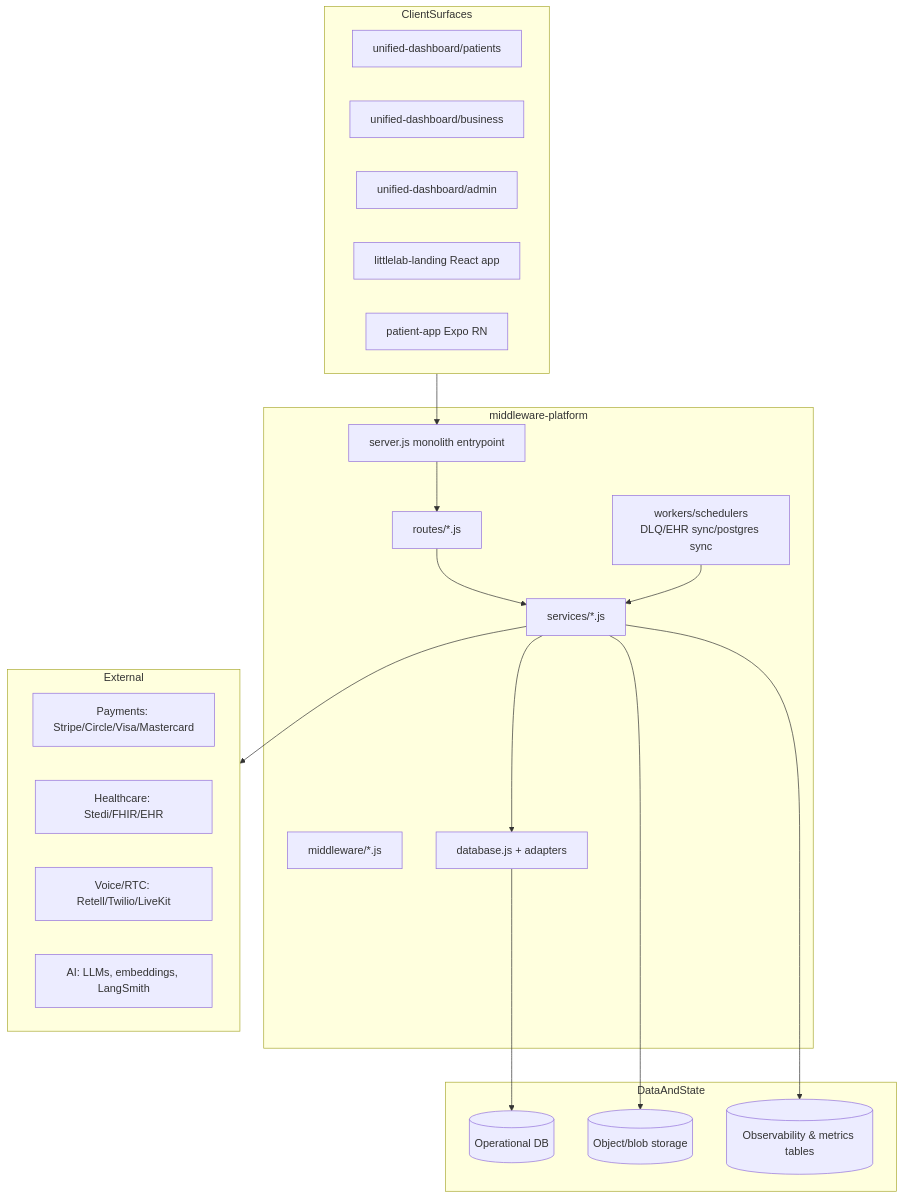
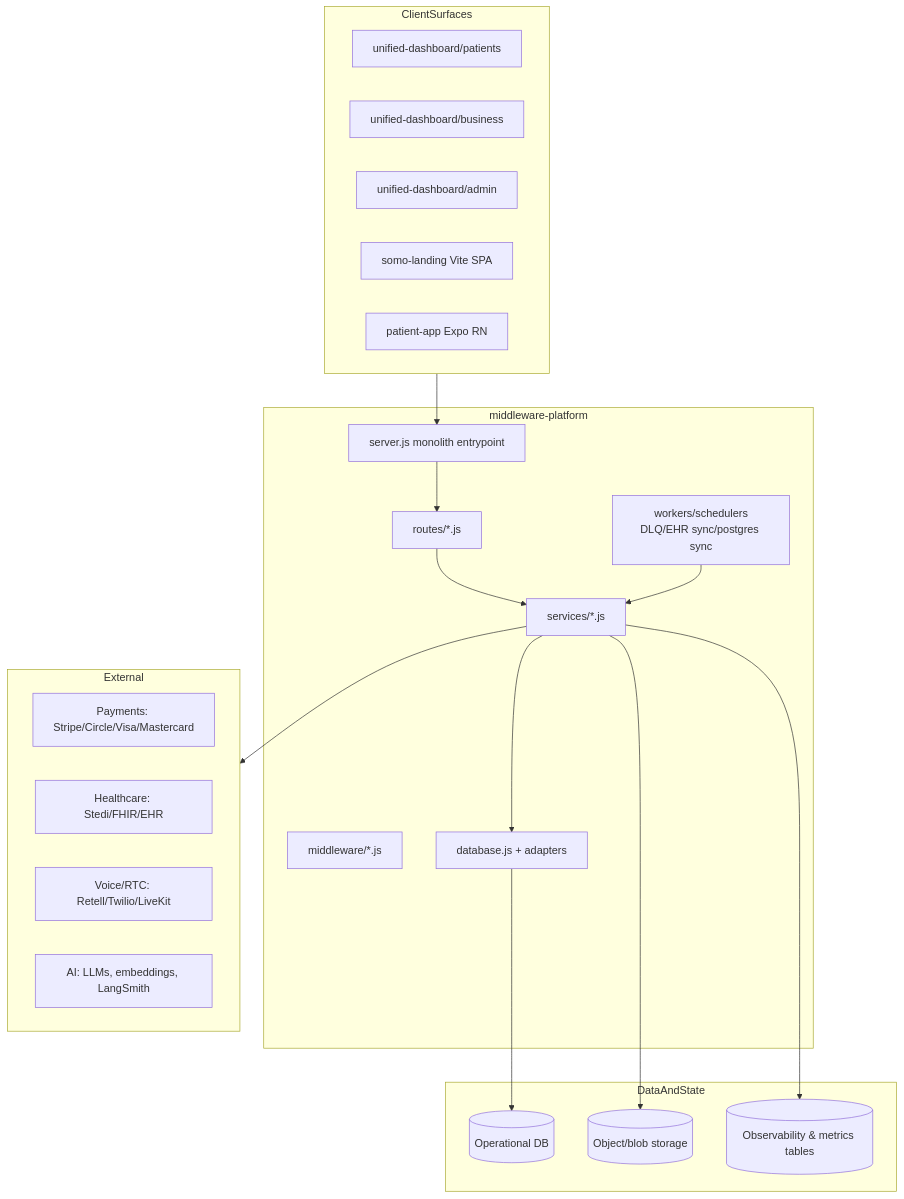
Before and after one commit to thetradingdoc/somo-platform: the third of 5 diagrams in docs/architecture/CURRENT_STATE_ARCHITECTURE.md, drawn with Mermaid. The commit also changed other lines of this file and 28 other files, not shown here.

````diff
--- a/docs/architecture/CURRENT_STATE_ARCHITECTURE.md
+++ b/docs/architecture/CURRENT_STATE_ARCHITECTURE.md
@@ -107,42 +107,42 @@
 ```mermaid
 flowchart TB
     subgraph ClientSurfaces
       U1[unified-dashboard/patients]
       U2[unified-dashboard/business]
       U3[unified-dashboard/admin]
-      U4[littlelab-landing React app]
+      U4[somo-landing Vite SPA]
       M1[patient-app Expo RN]
     end
 
     subgraph Middleware["middleware-platform"]
       S1[server.js monolith entrypoint]
       R1[routes/*.js]
       SV1[services/*.js]
       MW1[middleware/*.js]
       DBA[database.js + adapters]
       WK1[workers/schedulers<br/>DLQ/EHR sync/postgres sync]
     end
 
     subgraph DataAndState
       D1[(Operational DB)]
       D2[(Object/blob storage)]
       D3[(Observability & metrics tables)]
     end
 
     subgraph External
       X1[Payments: Stripe/Circle/Visa/Mastercard]
       X2[Healthcare: Stedi/FHIR/EHR]
       X3[Voice/RTC: Retell/Twilio/LiveKit]
       X4[AI: LLMs, embeddings, LangSmith]
     end
 
     ClientSurfaces --> S1
     S1 --> R1
     R1 --> SV1
     SV1 --> DBA
     DBA --> D1
     SV1 --> D2
     SV1 --> D3
     SV1 --> External
     WK1 --> SV1
 ```
````
